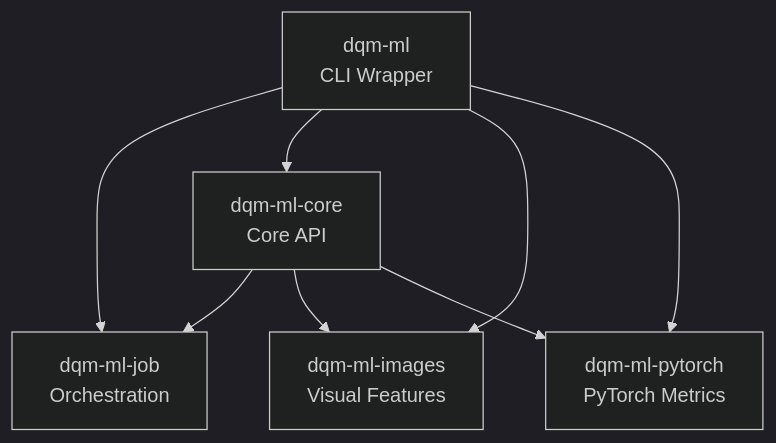
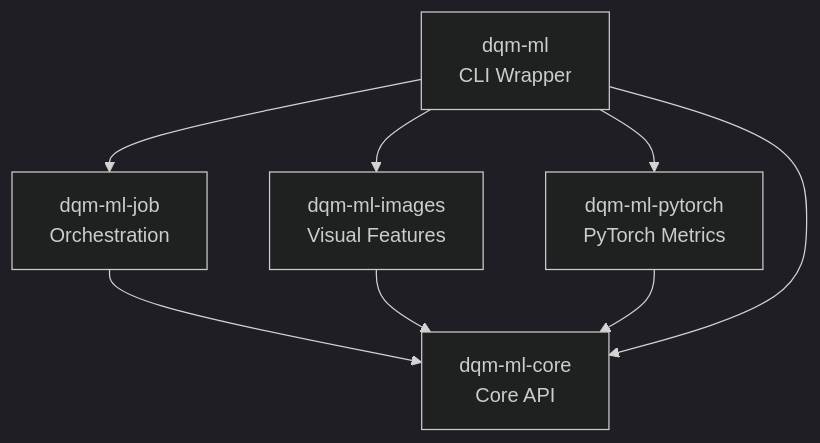
The first of 2 diagrams in docs/dqm-ml-overview.md (Safenai/dqm-ml-workspace), drawn with Mermaid (dark theme) before and after one commit. The commit also changed other lines of this file and 9 other files, not shown here.

````diff
--- a/docs/dqm-ml-overview.md
+++ b/docs/dqm-ml-overview.md
@@ -26,10 +26,10 @@
 ```mermaid
 flowchart TB
-    core[dqm-ml-core<br/>Core API] --> job[dqm-ml-job<br/>Orchestration]
-    core --> images[dqm-ml-images<br/>Visual Features]
-    core --> pytorch[dqm-ml-pytorch<br/>PyTorch Metrics]
+    job[dqm-ml-job<br/>Orchestration] --> core[dqm-ml-core<br/>Core API]
+    images[dqm-ml-images<br/>Visual Features] --> core
+    pytorch[dqm-ml-pytorch<br/>PyTorch Metrics] --> core
     cli[dqm-ml<br/>CLI Wrapper] --> job
     cli --> core
     cli --> images
     cli --> pytorch
 ```
````
